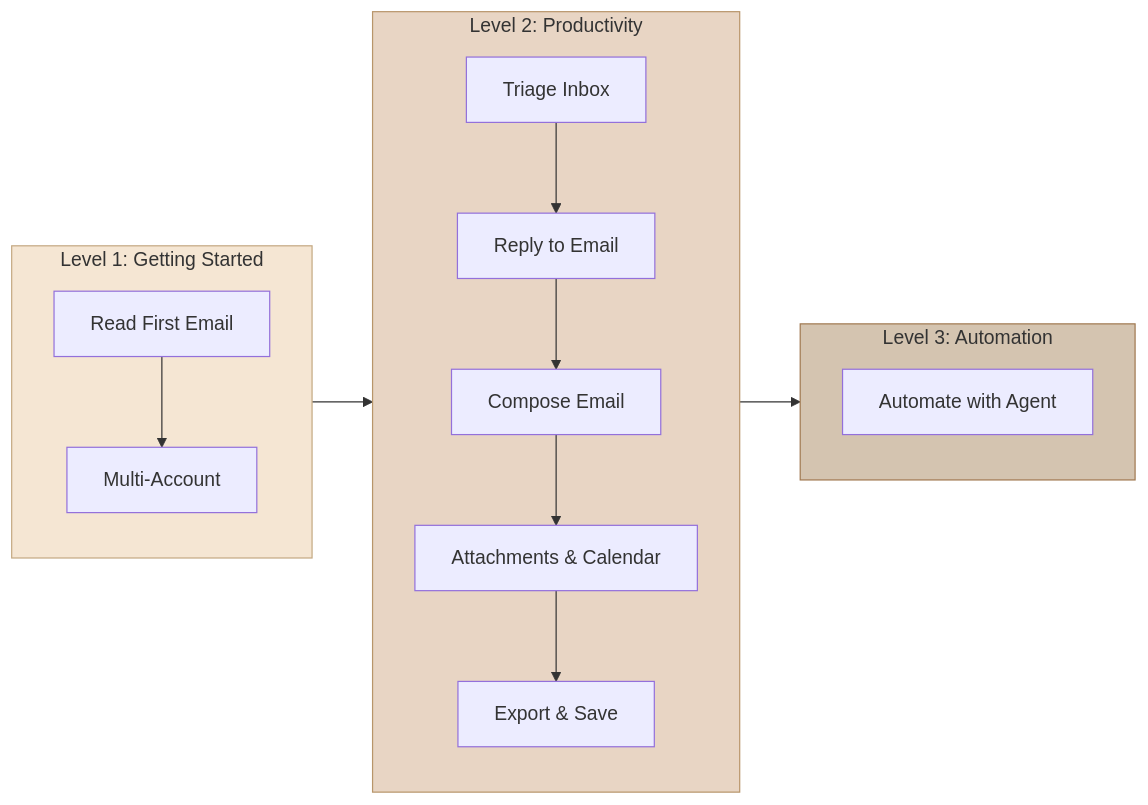
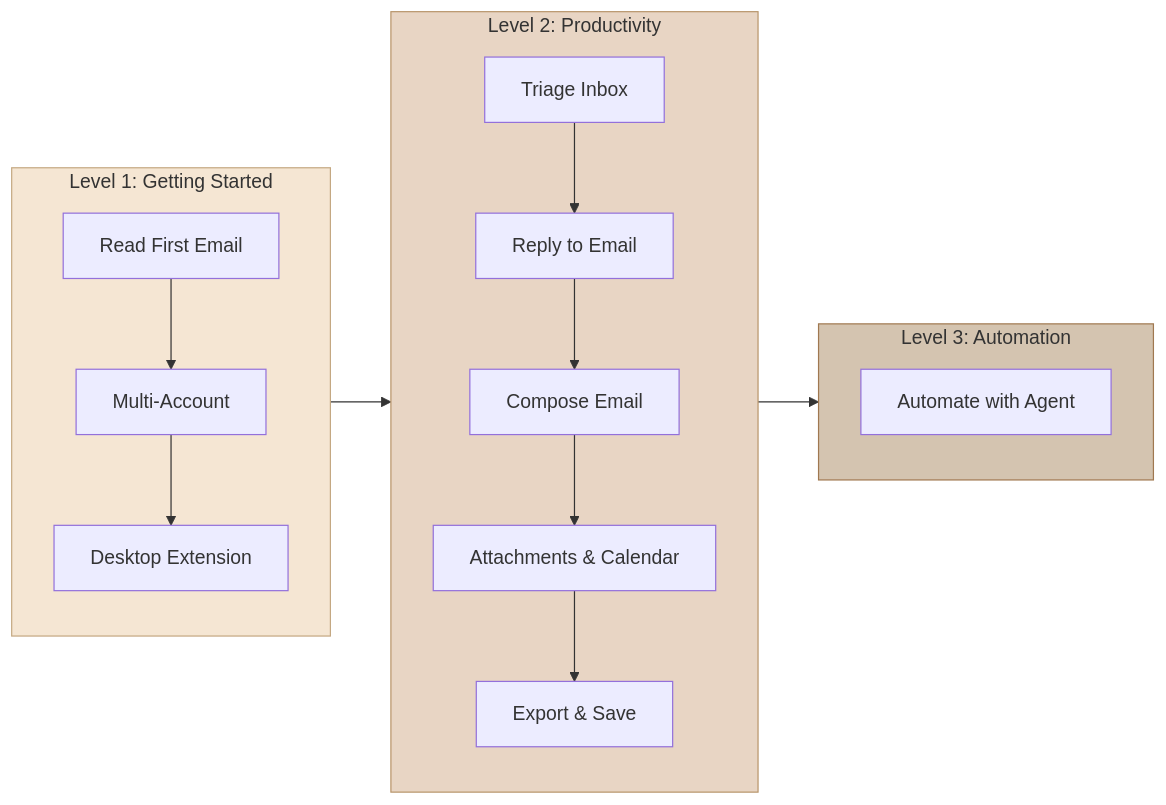
The diagram in docs/tutorials/index.md (Data-Wise/himalaya-mcp), drawn with Mermaid before and after one commit. The commit also changed other lines of this file and 29 other files, not shown here.

First line of the commit message:
feat: add .mcpb Desktop Extension packaging and doctor command

````diff
--- a/docs/tutorials/index.md
+++ b/docs/tutorials/index.md
@@ -7,23 +7,24 @@
 ```mermaid
 flowchart LR
     subgraph L1["Level 1: Getting Started"]
         A1[Read First Email] --> A2[Multi-Account]
+        A2 --> A3[Desktop Extension]
     end
 
     subgraph L2["Level 2: Productivity"]
         B1[Triage Inbox] --> B2[Reply to Email]
         B2 --> B4[Compose Email]
         B4 --> B5[Attachments & Calendar]
         B5 --> B3[Export & Save]
     end
 
     subgraph L3["Level 3: Automation"]
         C1[Automate with Agent]
     end
 
     L1 --> L2 --> L3
 
     style L1 fill:#f5e6d3,stroke:#c4a882
     style L2 fill:#e8d5c4,stroke:#b8956a
     style L3 fill:#d4c4b0,stroke:#a07850
 ```
````
